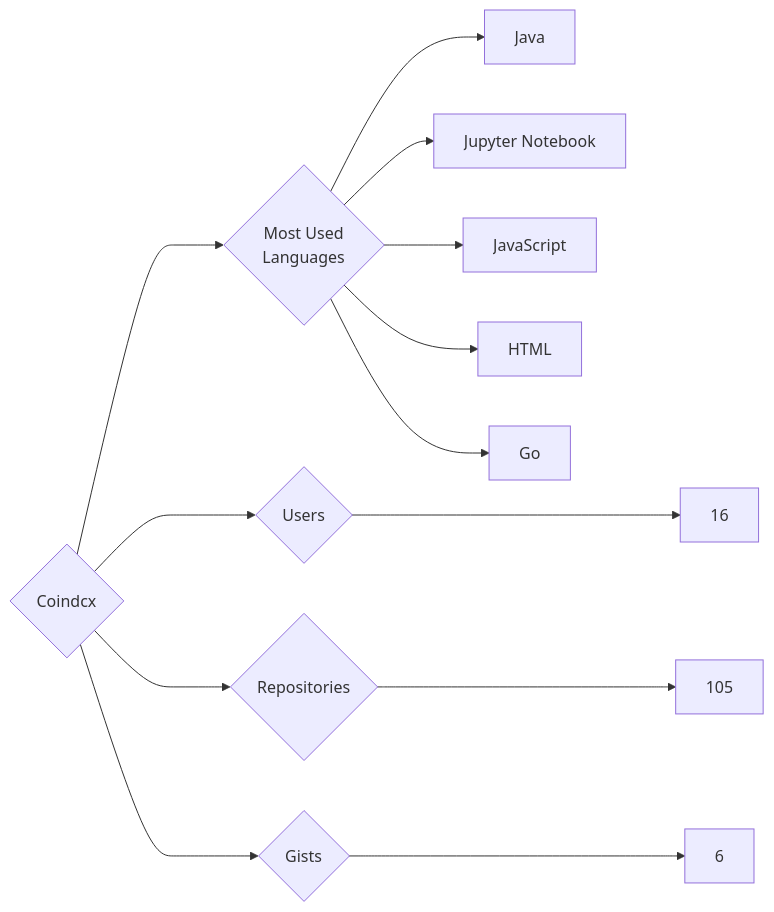
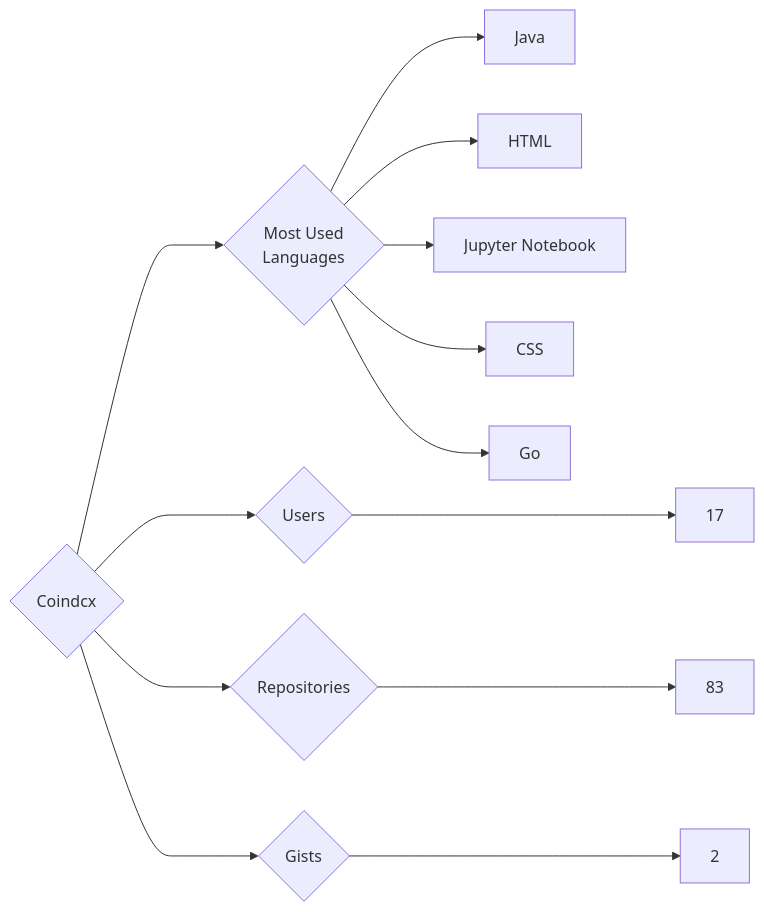
The diagram in targets/Coindcx/README.md (trickest/insiders), drawn with Mermaid before and after one commit. The commit also changed 874 other files, not shown here.

````diff
--- a/targets/Coindcx/README.md
+++ b/targets/Coindcx/README.md
@@ -3,13 +3,13 @@
 ```mermaid
 graph LR
 COMPANY_NAME{Coindcx}
-COMPANY_NAME ---> U{Users} ---> UN[16]
-COMPANY_NAME ---> R{Repositories} ---> RN[105]
-COMPANY_NAME ---> G{Gists} ---> GN[6]
+COMPANY_NAME ---> U{Users} ---> UN[17]
+COMPANY_NAME ---> R{Repositories} ---> RN[83]
+COMPANY_NAME ---> G{Gists} ---> GN[2]
 COMPANY_NAME ---> ML{Most Used<br>Languages}
 ML --> Java[Java]
+ML --> HTML[HTML]
 ML --> Jupyter_Notebook[Jupyter Notebook]
-ML --> JavaScript[JavaScript]
-ML --> HTML[HTML]
+ML --> CSS[CSS]
 ML --> Go[Go]
 ```
````
